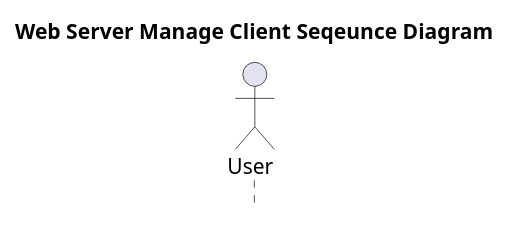
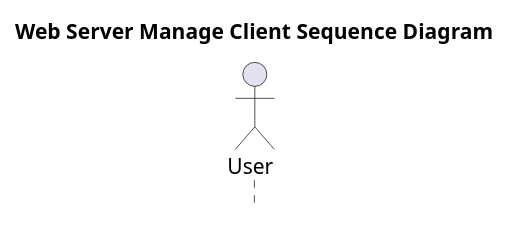
One commit to Kritsanawipankhet/CE64-41 changed the diagram in documents/diagrams/src/web-server/ManageClient.wsd. Above: the diagram before and after it, drawn with PlantUML. The commit also changed 12 other files, not shown here.

Commit message:
edit title diagram

```diff
--- a/documents/diagrams/src/web-server/ManageClient.wsd
+++ b/documents/diagrams/src/web-server/ManageClient.wsd
@@ -1,6 +1,6 @@
 @startuml Web Server Manage Client
-title **Web Server Manage Client** Seqeunce Diagram
+title **Web Server Manage Client** Sequence Diagram
 hide footbox
 actor User
 
 @enduml
```
